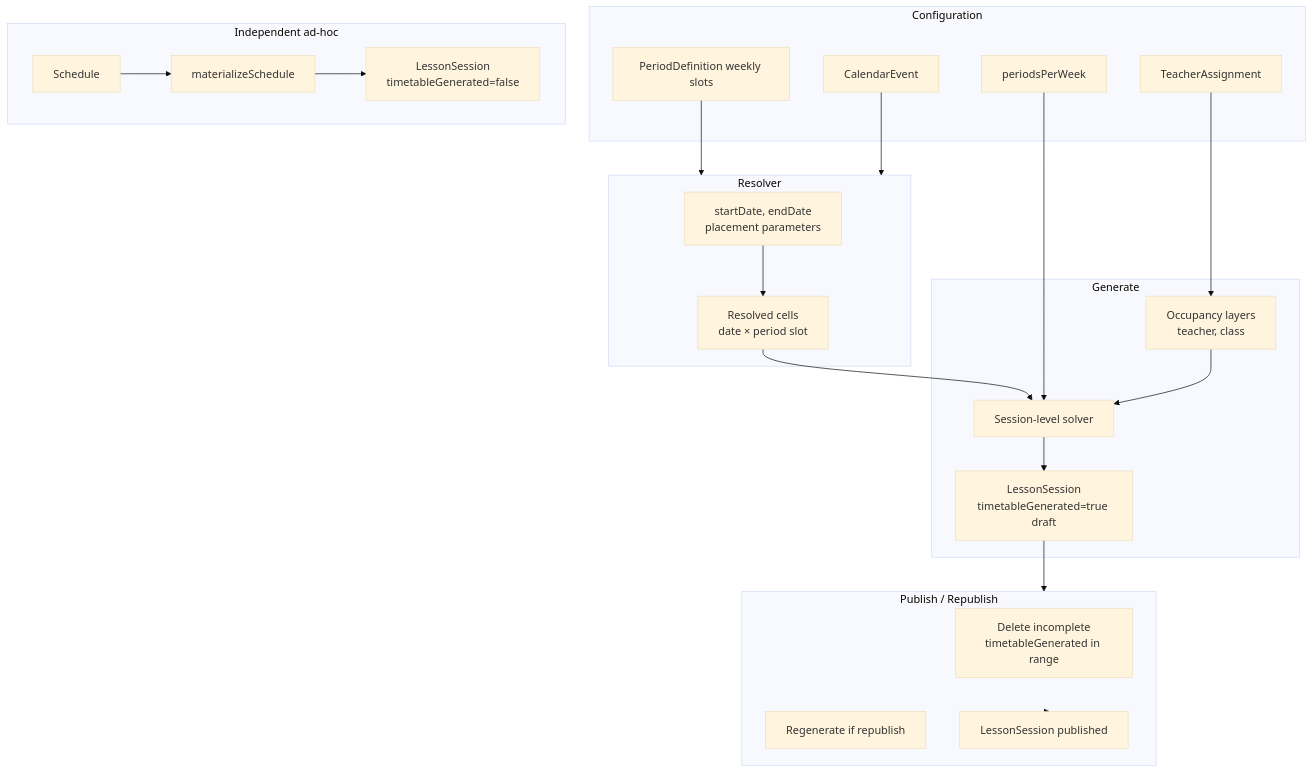
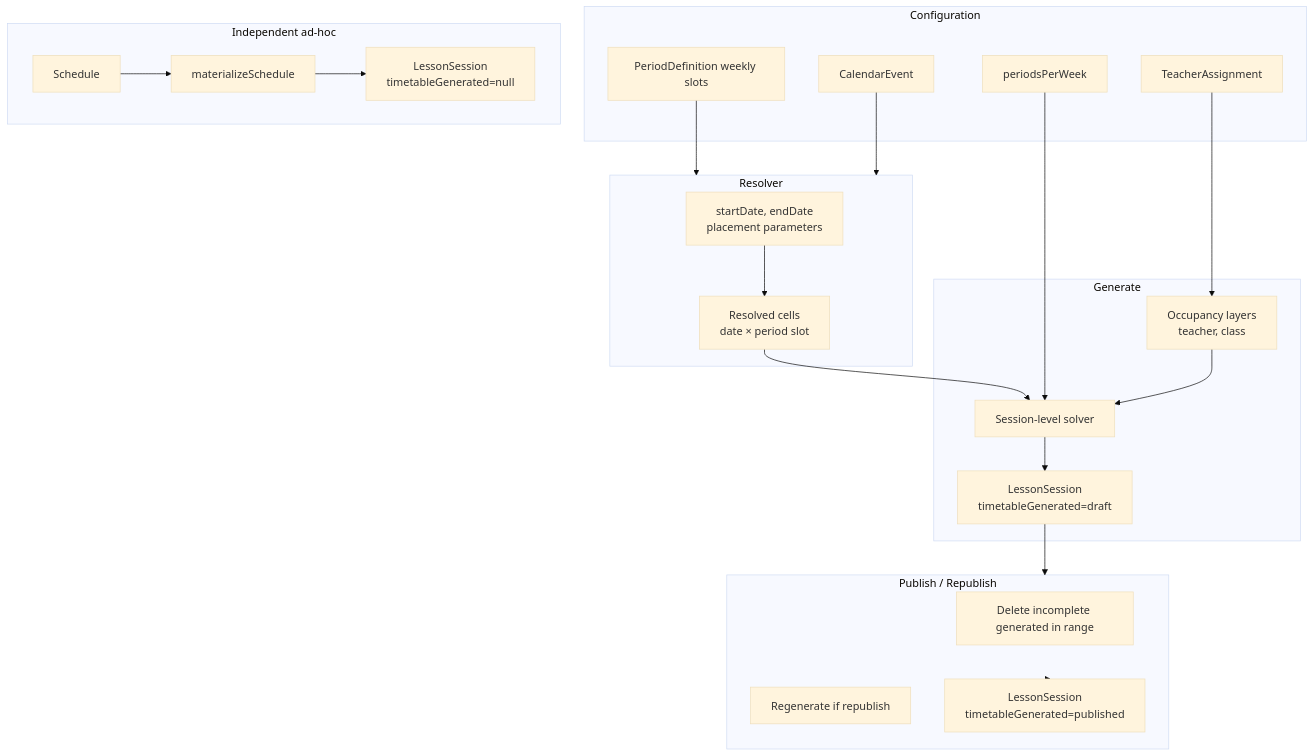
The diagram in docs/sprints/timetable-generation-plan.md (Maya-Invest/edaya_backend), drawn with Mermaid (base theme) before and after one commit. The commit also changed other lines of this file, not shown here.

First line of the commit message:
refactor: update timetable generation plan to use new `timetableGenerated` states

````diff
--- a/docs/sprints/timetable-generation-plan.md
+++ b/docs/sprints/timetable-generation-plan.md
@@ -52,43 +52,43 @@
 ```mermaid
 flowchart TB
   subgraph config [Configuration]
     PD[PeriodDefinition weekly slots]
     CE[CalendarEvent]
     WL[periodsPerWeek]
     TA[TeacherAssignment]
   end
 
   subgraph resolve [Resolver]
     IN[startDate, endDate\nplacement parameters]
     GRID[Resolved cells\ndate × period slot]
   end
 
   subgraph gen [Generate]
     OCC[Occupancy layers\nteacher, class]
     SOL[Session-level solver]
-    DRAFT[LessonSession\ntimetableGenerated=true draft]
+    DRAFT[LessonSession\ntimetableGenerated=draft]
   end
 
   subgraph pub [Publish / Republish]
-    DEL[Delete incomplete\ntimetableGenerated in range]
+    DEL[Delete incomplete generated in range]
     REGEN[Regenerate if republish]
-    LIVE[LessonSession published]
+    LIVE[LessonSession\ntimetableGenerated=published]
   end
 
   subgraph adhoc [Independent ad-hoc]
     SCH[Schedule]
     MAT[materializeSchedule]
-    LS2[LessonSession\ntimetableGenerated=false]
+    LS2[LessonSession\ntimetableGenerated=null]
   end
 
   PD --> resolve
   CE --> resolve
   IN --> GRID
   WL --> SOL
   TA --> OCC
   GRID --> SOL
   OCC --> SOL
   SOL --> DRAFT
   DRAFT --> pub --> LIVE
   SCH --> MAT --> LS2
 ```
````
